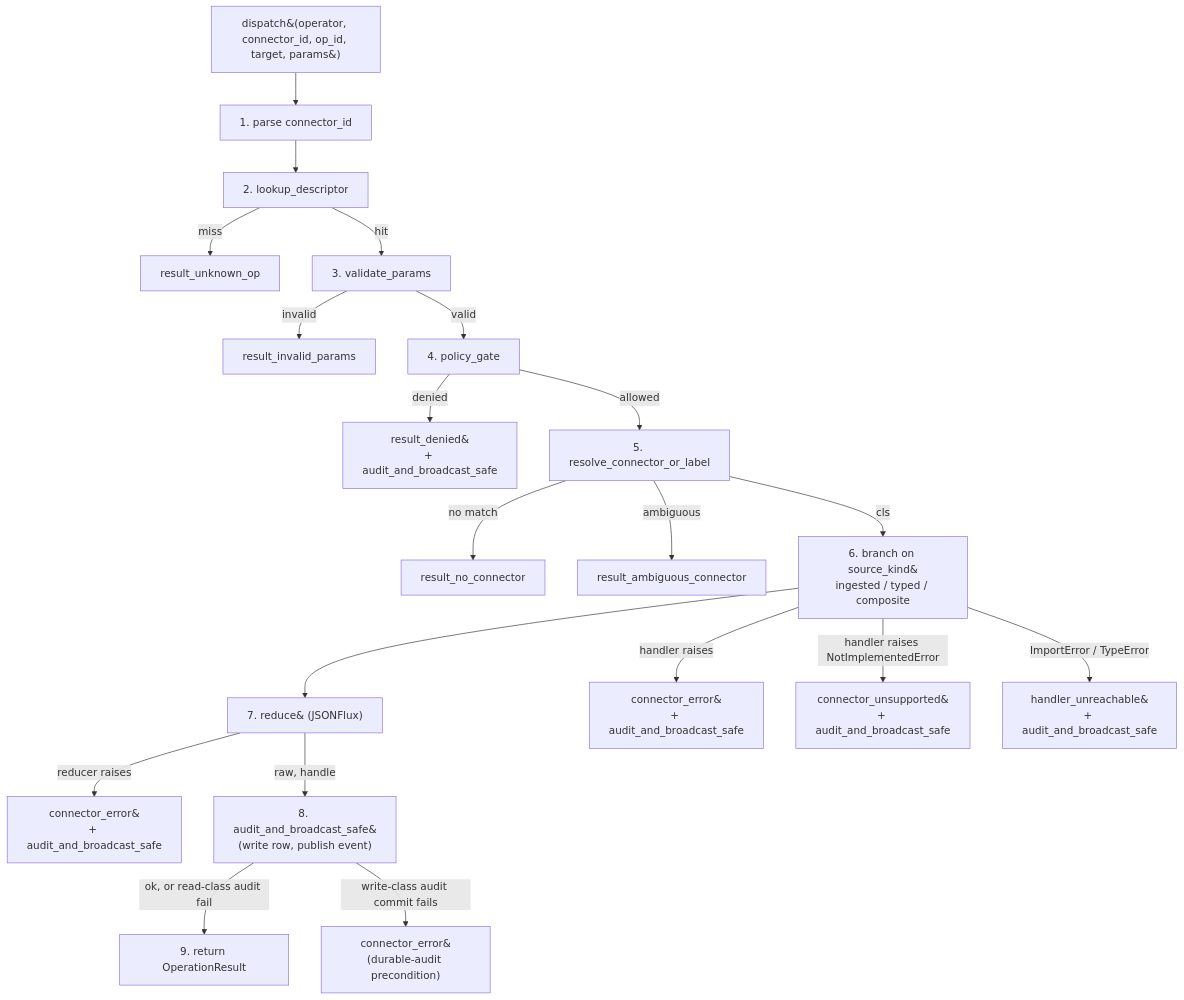
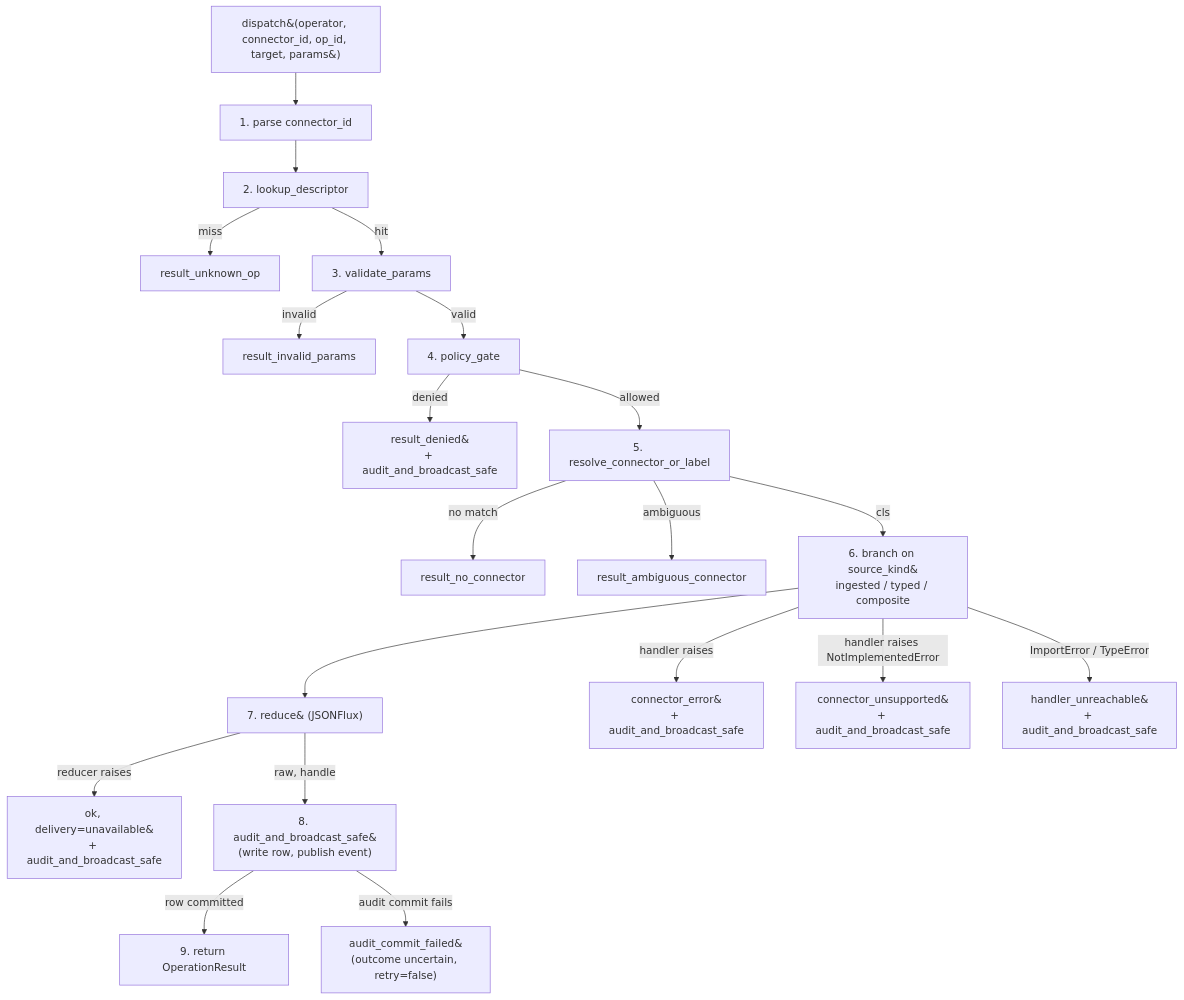
One commit to evoila/meho changed the diagram in docs/architecture/operations-substrate.md. Above: the diagram before and after it, drawn with Mermaid. The commit also changed other lines of this file and 6 other files, not shown here.

First line of the commit message:
feat(operations): say "uncertain, do not retry" when an audit row fails

````diff
--- a/docs/architecture/operations-substrate.md
+++ b/docs/architecture/operations-substrate.md
@@ -190,22 +190,22 @@
 ```mermaid
 flowchart TD
     A[dispatch&#40;operator, connector_id, op_id, target, params&#41;] --> B[1. parse connector_id]
     B --> C[2. lookup_descriptor]
     C -->|miss| Z1[result_unknown_op]
     C -->|hit| D[3. validate_params]
     D -->|invalid| Z2[result_invalid_params]
     D -->|valid| E[4. policy_gate]
     E -->|denied| Z3["result_denied&#10;+ audit_and_broadcast_safe"]
     E -->|allowed| F["5. resolve_connector_or_label"]
     F -->|no match| Z4[result_no_connector]
     F -->|ambiguous| Z4a[result_ambiguous_connector]
     F -->|cls| G["6. branch on source_kind&#10;ingested / typed / composite"]
     G --> H["7. reduce&#10;(JSONFlux)"]
-    H -->|reducer raises| Z5["connector_error&#10;+ audit_and_broadcast_safe"]
+    H -->|reducer raises| Z5["ok, delivery=unavailable&#10;+ audit_and_broadcast_safe"]
     H -->|raw, handle| I["8. audit_and_broadcast_safe&#10;(write row, publish event)"]
-    I -->|ok, or read-class audit fail| J[9. return OperationResult]
-    I -->|write-class audit commit fails| Z8["connector_error&#10;(durable-audit precondition)"]
+    I -->|row committed| J[9. return OperationResult]
+    I -->|audit commit fails| Z8["audit_commit_failed&#10;(outcome uncertain, retry=false)"]
     G -->|handler raises| Z6["connector_error&#10;+ audit_and_broadcast_safe"]
     G -->|handler raises NotImplementedError| Z6a["connector_unsupported&#10;+ audit_and_broadcast_safe"]
     G -->|ImportError / TypeError| Z7["handler_unreachable&#10;+ audit_and_broadcast_safe"]
 ```
````
